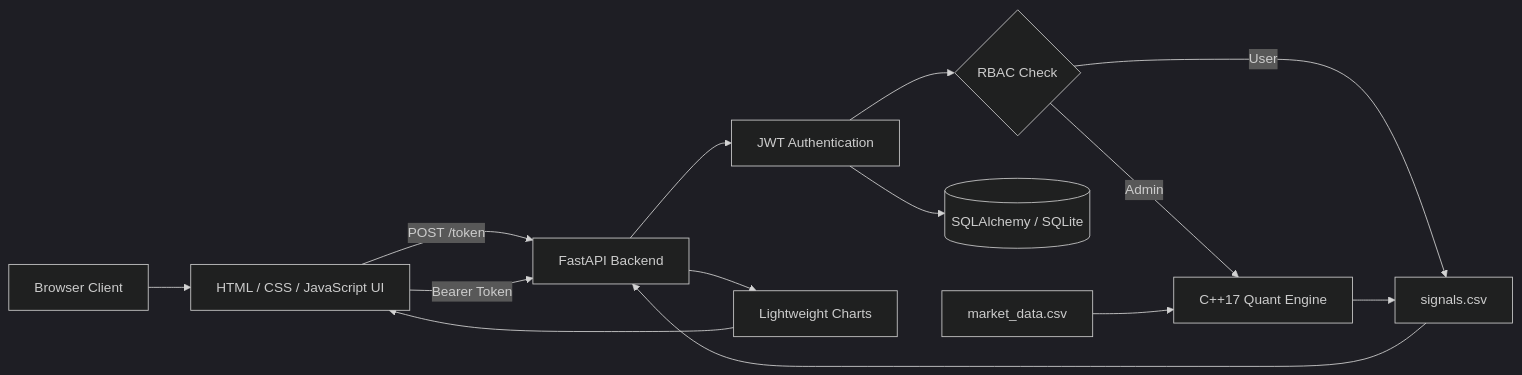
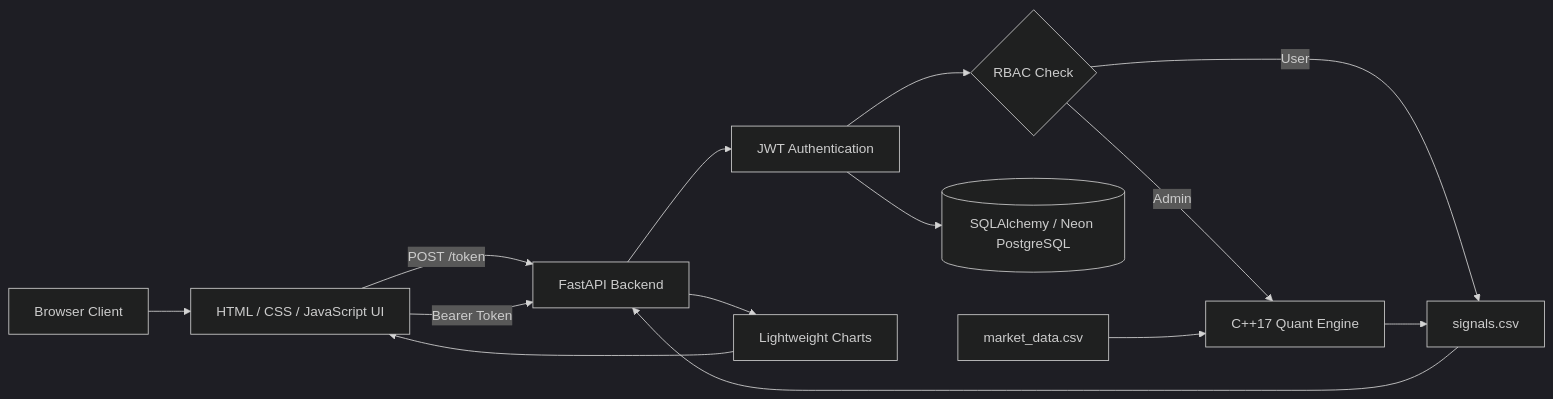
The diagram in README.md (aybukegozler/finans_projesi), drawn with Mermaid (dark theme) before and after one commit. The commit also changed other lines of this file and 4 other files, not shown here.

Commit message:
Add PostgreSQL health checks and CI-gated deployment

````diff
--- a/README.md
+++ b/README.md
@@ -108,29 +108,29 @@
 ```mermaid
 flowchart LR
     Client["Browser Client"]
     UI["HTML / CSS / JavaScript UI"]
     API["FastAPI Backend"]
     Auth["JWT Authentication"]
     RBAC{"RBAC Check"}
-    DB[("SQLAlchemy / SQLite")]
+    DB[("SQLAlchemy / Neon PostgreSQL")]
     Engine["C++17 Quant Engine"]
     Input["market_data.csv"]
     Output["signals.csv"]
     Chart["Lightweight Charts"]
 
     Client --> UI
     UI -->|POST /token| API
     UI -->|Bearer Token| API
     API --> Auth
     Auth --> DB
     Auth --> RBAC
 
     RBAC -->|Admin| Engine
     RBAC -->|User| Output
 
     Input --> Engine
     Engine --> Output
     Output --> API
     API --> Chart
     Chart --> UI
 ```
````
